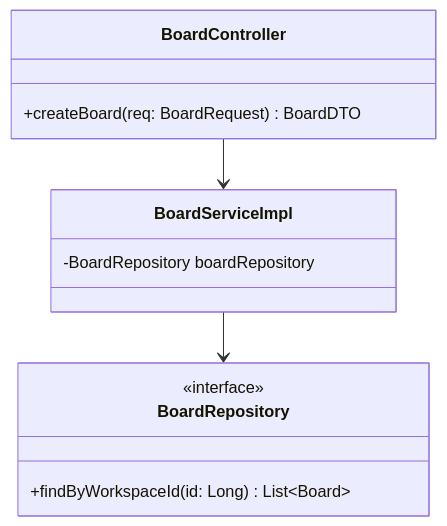
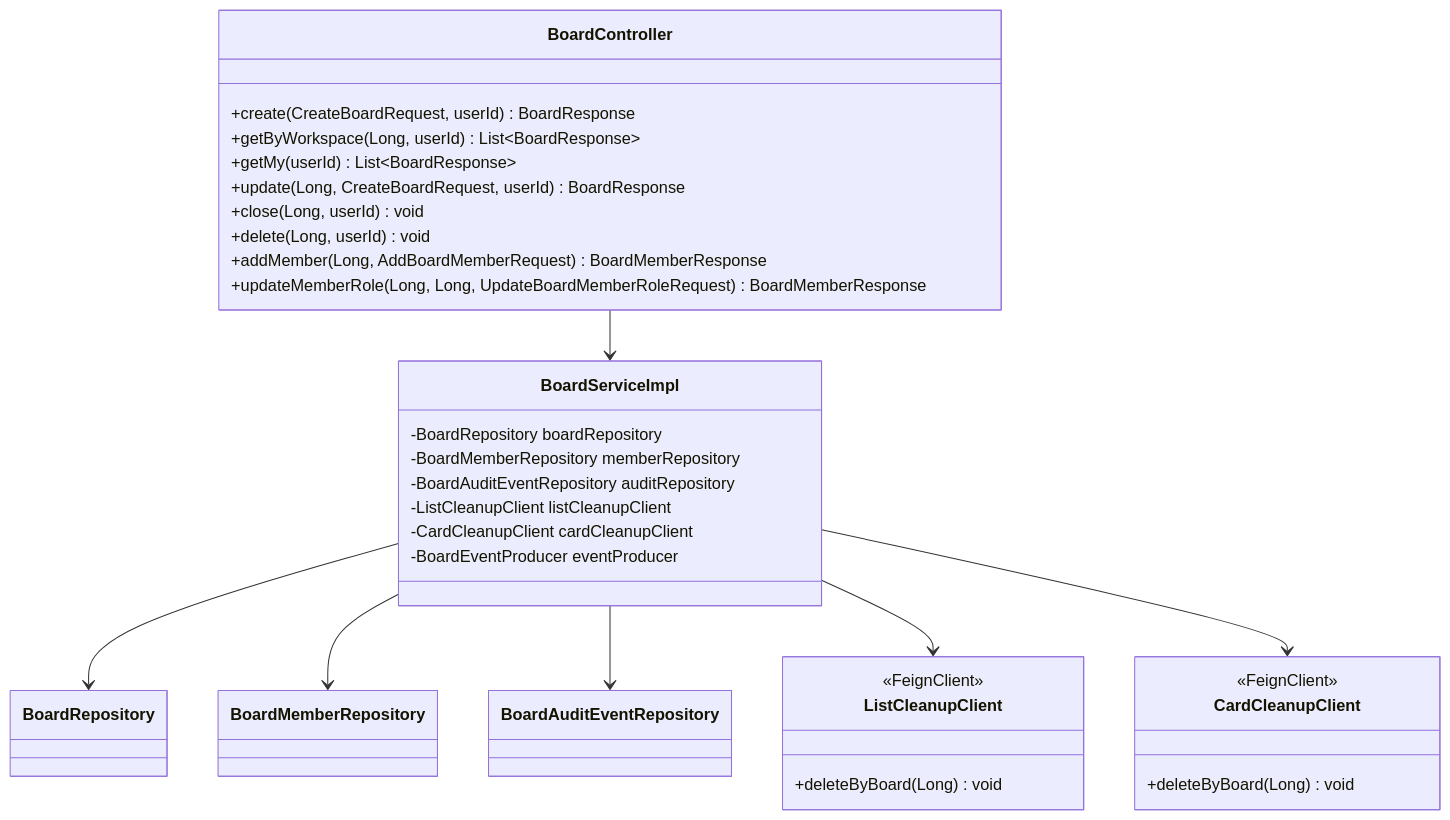
The second of 4 diagrams in docs/services/board-service/diagrams.md (Prashant-kumar-sharma/FlowBoard-Backend), drawn with Mermaid before and after one commit. The commit also changed other lines of this file and 10 other files, not shown here.

Commit message:
[Prashant] : Added Diagrams for all the services

````diff
--- a/docs/services/board-service/diagrams.md
+++ b/docs/services/board-service/diagrams.md
@@ -14,15 +40,39 @@
 ```mermaid
 classDiagram
     class BoardController {
-        +createBoard(req: BoardRequest) BoardDTO
+        +create(CreateBoardRequest, userId) BoardResponse
+        +getByWorkspace(Long, userId) List~BoardResponse~
+        +getMy(userId) List~BoardResponse~
+        +update(Long, CreateBoardRequest, userId) BoardResponse
+        +close(Long, userId) void
+        +delete(Long, userId) void
+        +addMember(Long, AddBoardMemberRequest) BoardMemberResponse
+        +updateMemberRole(Long, Long, UpdateBoardMemberRoleRequest) BoardMemberResponse
     }
+
     class BoardServiceImpl {
         -BoardRepository boardRepository
+        -BoardMemberRepository memberRepository
+        -BoardAuditEventRepository auditRepository
+        -ListCleanupClient listCleanupClient
+        -CardCleanupClient cardCleanupClient
+        -BoardEventProducer eventProducer
     }
-    class BoardRepository {
-        <<interface>>
-        +findByWorkspaceId(id: Long) List~Board~
+
+    class ListCleanupClient {
+        <<FeignClient>>
+        +deleteByBoard(Long) void
     }
+
+    class CardCleanupClient {
+        <<FeignClient>>
+        +deleteByBoard(Long) void
+    }
+
     BoardController --> BoardServiceImpl
     BoardServiceImpl --> BoardRepository
+    BoardServiceImpl --> BoardMemberRepository
+    BoardServiceImpl --> BoardAuditEventRepository
+    BoardServiceImpl --> ListCleanupClient
+    BoardServiceImpl --> CardCleanupClient
 ```
````
